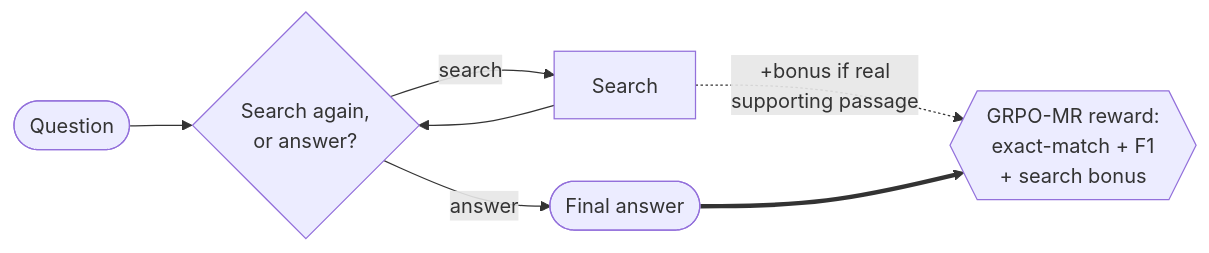
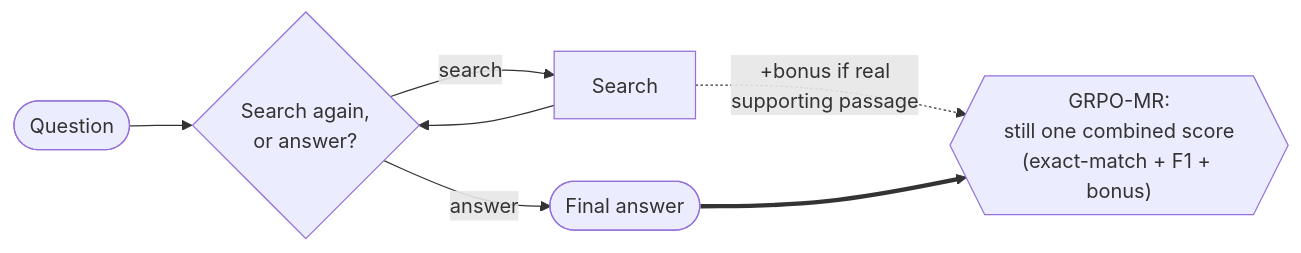
The second of 3 diagrams in README.md (redswimmer/grpo-turn-level-rewards), drawn with Mermaid before and after one commit. The commit also changed other lines of this file, not shown here.

First line of the commit message:
README: replace GRPO-vs-PPO diagram with the 3 actual reward methodologies

````diff
--- a/README.md
+++ b/README.md
@@ -27,9 +31,9 @@
 ```mermaid
 flowchart LR
     Q2(["Question"]) --> D2{"Search again,<br/>or answer?"}
     D2 -- search --> S2["Search"]
     S2 --> D2
     S2 -.->|"+bonus if real<br/>supporting passage"| R2
     D2 -- answer --> A2(["Final answer"])
-    A2 ==> R2{{"GRPO-MR reward:<br/>exact-match + F1<br/>+ search bonus"}}
+    A2 ==> R2{{"GRPO-MR:<br/>still one combined score<br/>(exact-match + F1 + bonus)"}}
 ```
````
